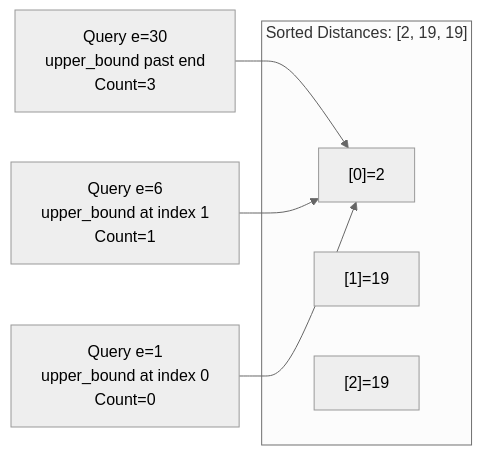
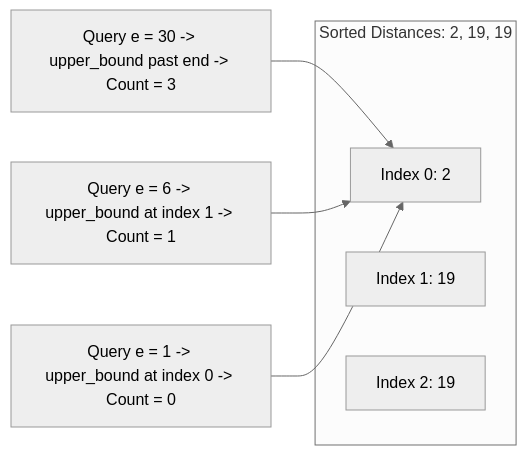
Before and after one commit to 2ru17/Project-Engram: the second of 2 diagrams in content/Main Notes/3rd Year/Term 1/CSALGCM/Module 2 - Divide and Conquer/Problem Sets/[PS] Priestess Arcana Problems/01 - Its Like I Have ESPN Or Something.md, drawn with Mermaid (neutral theme). The commit also changed other lines of this file and 84 other files, not shown here.

````diff
--- a/content/Main Notes/3rd Year/Term 1/CSALGCM/Module 2 - Divide and Conquer/Problem Sets/[PS] Priestess Arcana Problems/01 - Its Like I Have ESPN Or Something.md
+++ b/content/Main Notes/3rd Year/Term 1/CSALGCM/Module 2 - Divide and Conquer/Problem Sets/[PS] Priestess Arcana Problems/01 - Its Like I Have ESPN Or Something.md
@@ -167,11 +194,11 @@
 ```mermaid
 flowchart LR
-    subgraph Sorted ["Sorted Distances: [2, 19, 19]"]
-        D0["[0]=2"]
-        D1["[1]=19"]
-        D2["[2]=19"]
+    subgraph Sorted["Sorted Distances: 2, 19, 19"]
+        D0["Index 0: 2"]
+        D1["Index 1: 19"]
+        D2["Index 2: 19"]
     end
-    Q1["Query e=30\nupper_bound past end\nCount=3"] --> D0
-    Q2["Query e=6\nupper_bound at index 1\nCount=1"] --> D0
-    Q3["Query e=1\nupper_bound at index 0\nCount=0"] --> D0
+    Q1["Query e = 30 -> upper_bound past end -> Count = 3"] --> D0
+    Q2["Query e = 6 -> upper_bound at index 1 -> Count = 1"] --> D0
+    Q3["Query e = 1 -> upper_bound at index 0 -> Count = 0"] --> D0
 ```
````
